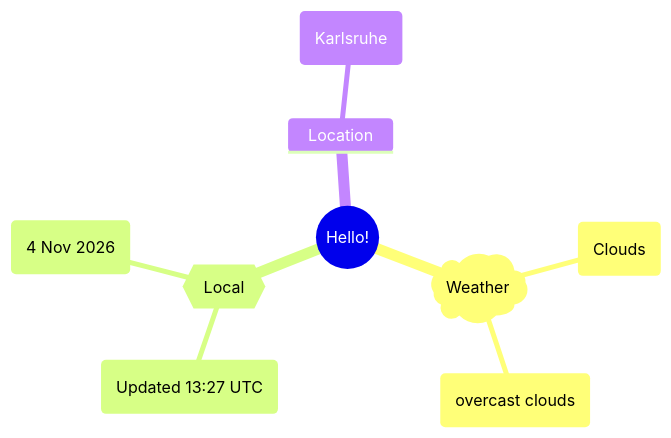
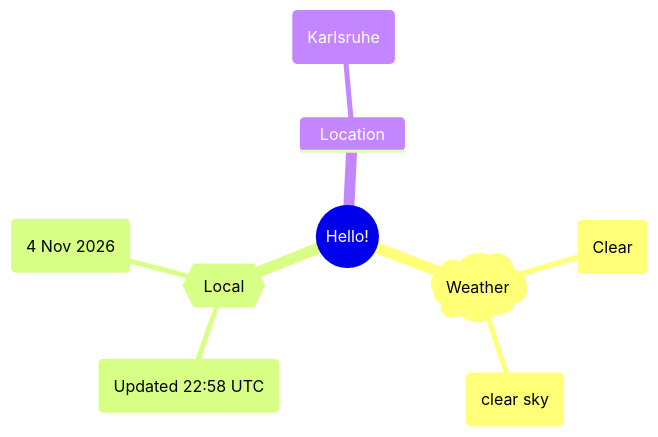
Before and after one commit to Xosrov/Xosrov: the first of 2 diagrams in README.md, drawn with Mermaid.

Commit message:
[bot] updated images

````diff
--- a/README.md
+++ b/README.md
@@ -3,12 +3,12 @@
 ```mermaid
 mindmap
   root((Hello!))
     )Weather(
-        (Clouds)
-        (overcast clouds)
+        (Clear)
+        (clear sky)
     {{Local}}
-        (Updated 13:27 UTC)
+        (Updated 22:58 UTC)
         (4 Nov 2026)
     Location
         (Karlsruhe)
 ```
````
